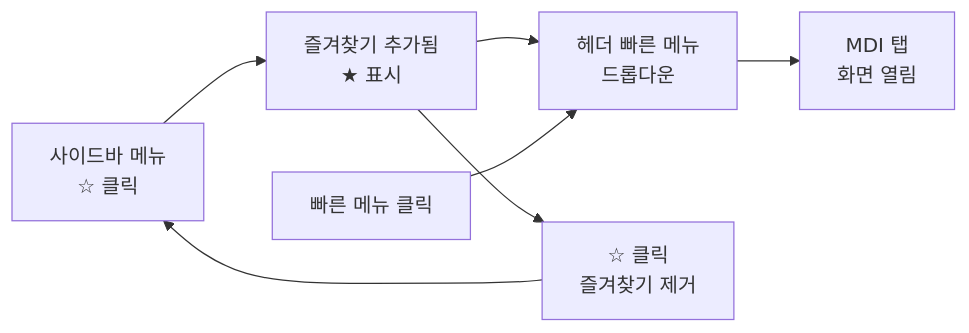
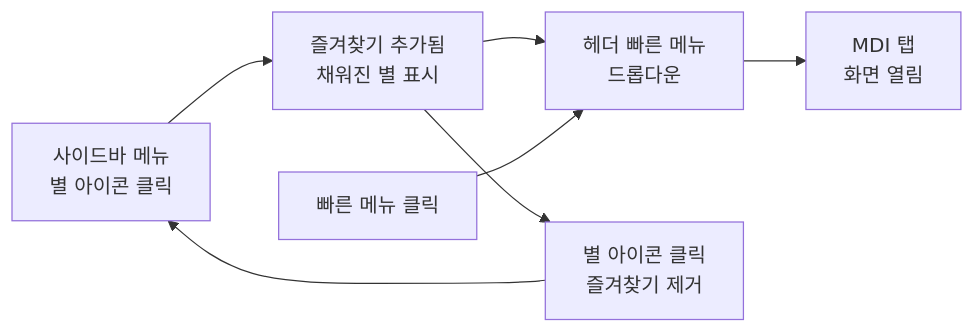
One commit to jongik-sv/mes-poc changed the second of 3 diagrams in .orchay/projects/mes-portal/tasks/TSK-03-04/010-design.md. Above: the diagram before and after it, drawn with Mermaid. The commit also changed other lines of this file and 9 other files, not shown here.

````diff
--- a/.orchay/projects/mes-portal/tasks/TSK-03-04/010-design.md
+++ b/.orchay/projects/mes-portal/tasks/TSK-03-04/010-design.md
@@ -240,10 +261,10 @@
 ```mermaid
 flowchart LR
-    A[사이드바 메뉴<br/>☆ 클릭] --> B[즐겨찾기 추가됨<br/>★ 표시]
+    A[사이드바 메뉴<br/>별 아이콘 클릭] --> B[즐겨찾기 추가됨<br/>채워진 별 표시]
     B --> C[헤더 빠른 메뉴<br/>드롭다운]
     C --> D[MDI 탭<br/>화면 열림]
 
     E[빠른 메뉴 클릭] --> C
-    B --> F[☆ 클릭<br/>즐겨찾기 제거]
+    B --> F[별 아이콘 클릭<br/>즐겨찾기 제거]
     F --> A
 ```
````
